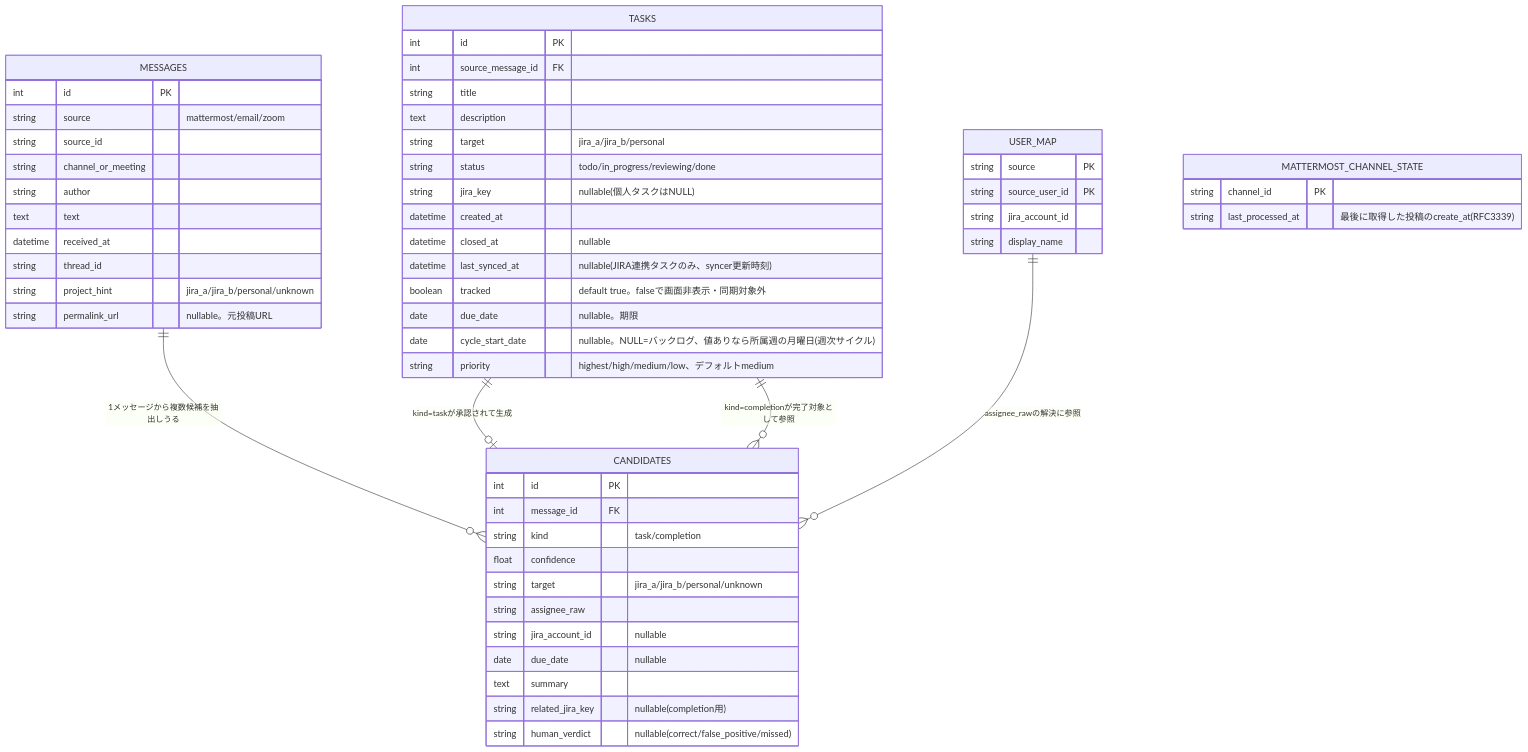
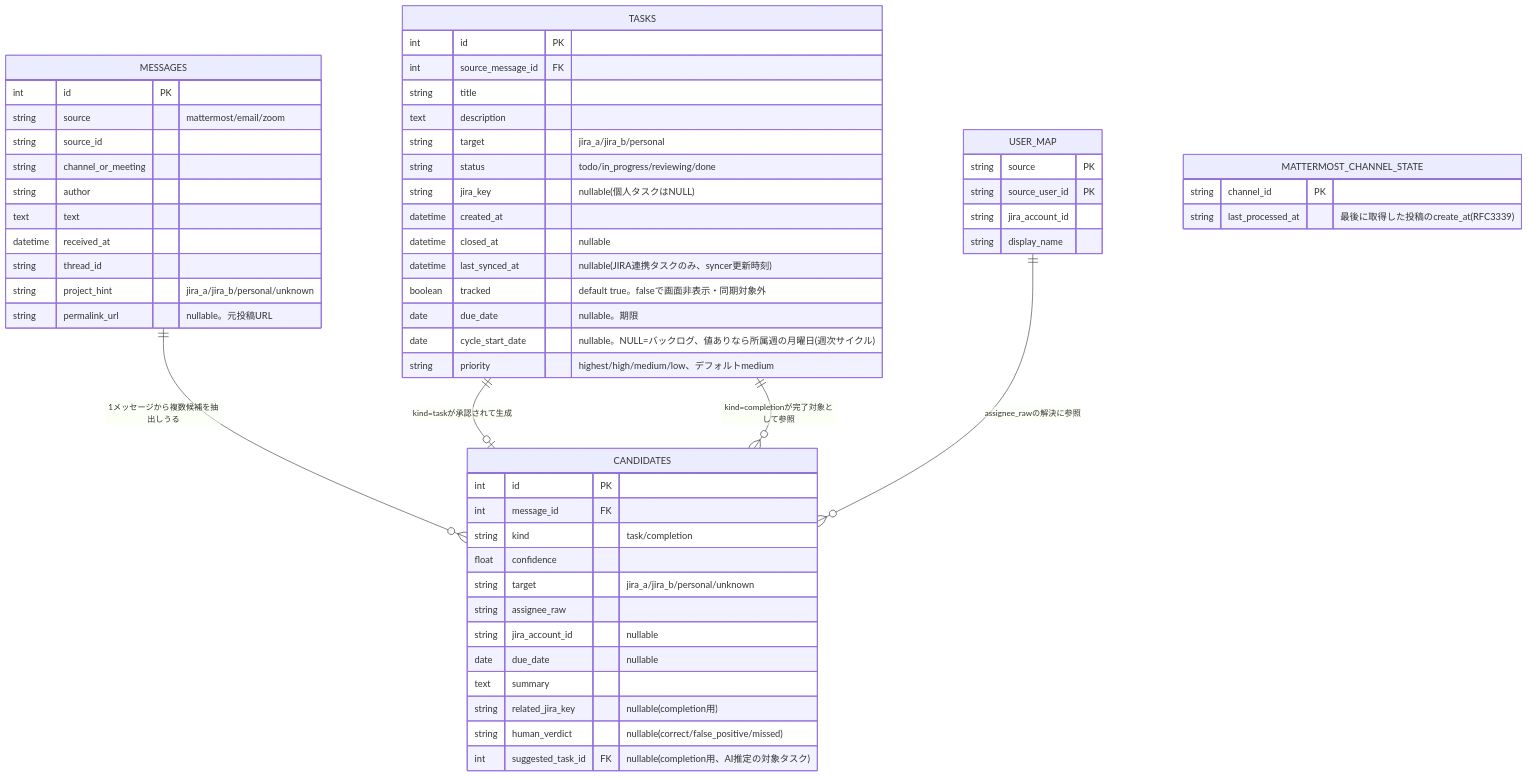
Before and after one commit to s-ono-123456/taskmanager: the diagram in docs/design/data-model.md, drawn with Mermaid. The commit also changed other lines of this file and 11 other files, not shown here.

````diff
--- a/docs/design/data-model.md
+++ b/docs/design/data-model.md
@@ -20,63 +20,64 @@
 ```mermaid
 erDiagram
     MESSAGES ||--o{ CANDIDATES : "1メッセージから複数候補を抽出しうる"
     TASKS ||--o| CANDIDATES : "kind=taskが承認されて生成"
     TASKS ||--o{ CANDIDATES : "kind=completionが完了対象として参照"
     USER_MAP ||--o{ CANDIDATES : "assignee_rawの解決に参照"
 
     MESSAGES {
         int id PK
         string source "mattermost/email/zoom"
         string source_id
         string channel_or_meeting
         string author
         text text
         datetime received_at
         string thread_id
         string project_hint "jira_a/jira_b/personal/unknown"
         string permalink_url "nullable。元投稿URL"
     }
 
     CANDIDATES {
         int id PK
         int message_id FK
         string kind "task/completion"
         float confidence
         string target "jira_a/jira_b/personal/unknown"
         string assignee_raw
         string jira_account_id "nullable"
         date due_date "nullable"
         text summary
         string related_jira_key "nullable(completion用)"
         string human_verdict "nullable(correct/false_positive/missed)"
+        int suggested_task_id FK "nullable(completion用、AI推定の対象タスク)"
     }
 
     TASKS {
         int id PK
         int source_message_id FK
         string title
         text description
         string target "jira_a/jira_b/personal"
         string status "todo/in_progress/reviewing/done"
         string jira_key "nullable(個人タスクはNULL)"
         datetime created_at
         datetime closed_at "nullable"
         datetime last_synced_at "nullable(JIRA連携タスクのみ、syncer更新時刻)"
         boolean tracked "default true。falseで画面非表示・同期対象外"
         date due_date "nullable。期限"
         date cycle_start_date "nullable。NULL=バックログ、値ありなら所属週の月曜日(週次サイクル)"
         string priority "highest/high/medium/low、デフォルトmedium"
     }
 
     USER_MAP {
         string source PK
         string source_user_id PK
         string jira_account_id
         string display_name
     }
 
     MATTERMOST_CHANNEL_STATE {
         string channel_id PK
         string last_processed_at "最後に取得した投稿のcreate_at(RFC3339)"
     }
 ```
````
